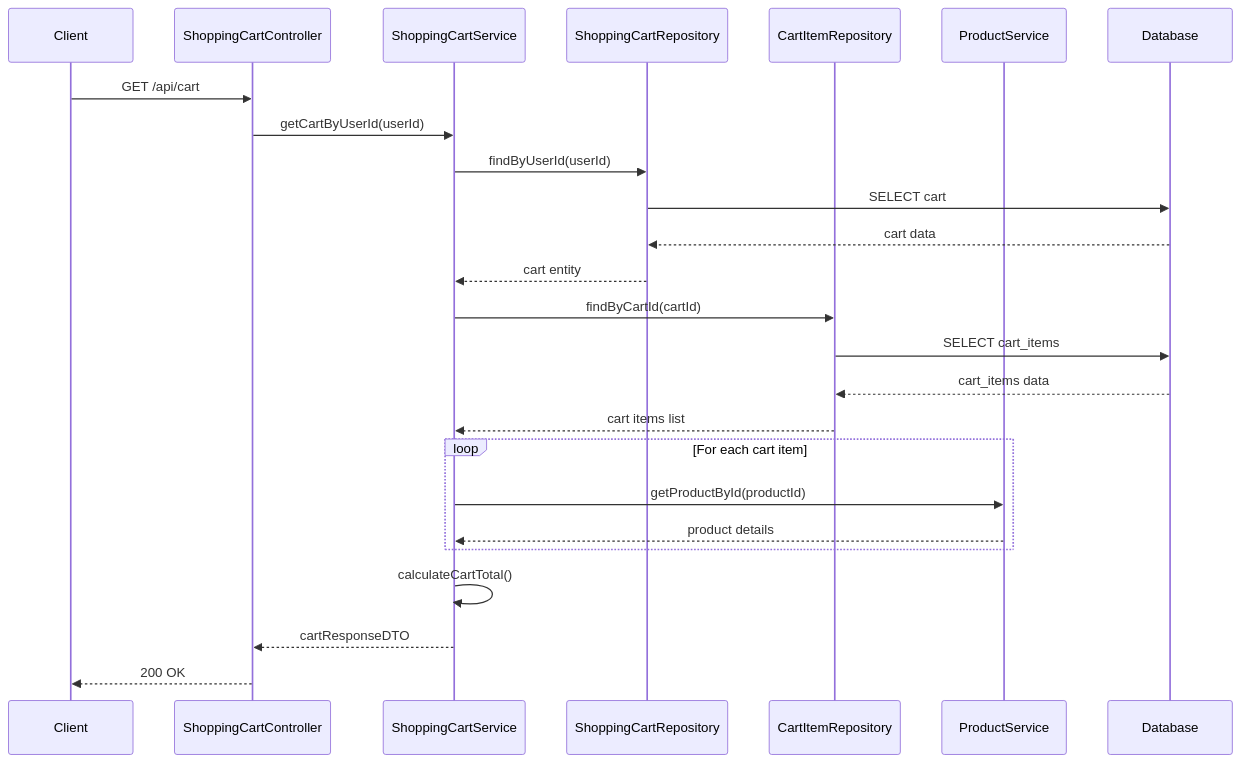
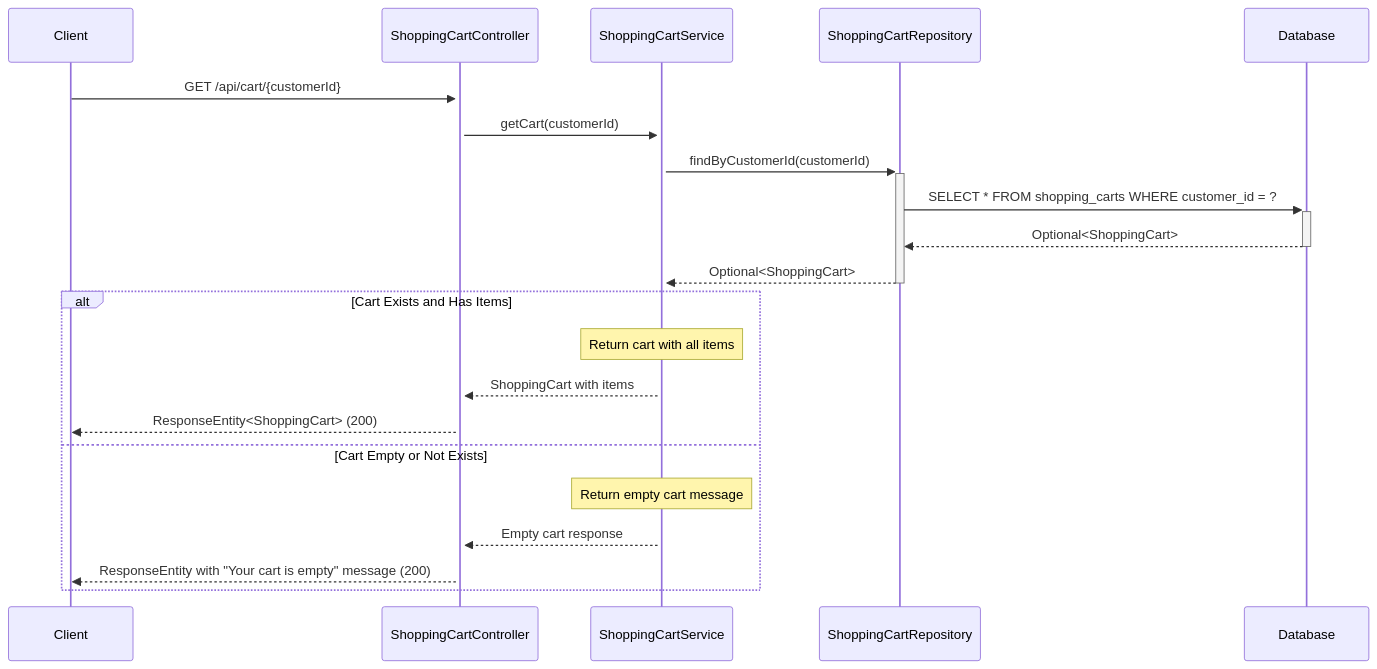
Before and after one commit to NavneetBN47/aava-ecom-demo: diagram 11 of 13 in docs/LLD/modified_lld.md, drawn with Mermaid. The commit also changed other lines of this file, not shown here.

````diff
--- a/docs/LLD/modified_lld.md
+++ b/docs/LLD/modified_lld.md
@@ -517,28 +445,26 @@
 ```mermaid
 sequenceDiagram
     participant Client
     participant ShoppingCartController
     participant ShoppingCartService
     participant ShoppingCartRepository
-    participant CartItemRepository
-    participant ProductService
     participant Database
-
-    Client->>ShoppingCartController: GET /api/cart
-    ShoppingCartController->>ShoppingCartService: getCartByUserId(userId)
-    ShoppingCartService->>ShoppingCartRepository: findByUserId(userId)
-    ShoppingCartRepository->>Database: SELECT cart
-    Database-->>ShoppingCartRepository: cart data
-    ShoppingCartRepository-->>ShoppingCartService: cart entity
-    ShoppingCartService->>CartItemRepository: findByCartId(cartId)
-    CartItemRepository->>Database: SELECT cart_items
-    Database-->>CartItemRepository: cart_items data
-    CartItemRepository-->>ShoppingCartService: cart items list
-    loop For each cart item
-        ShoppingCartService->>ProductService: getProductById(productId)
-        ProductService-->>ShoppingCartService: product details
+    
+    Client->>+ShoppingCartController: GET /api/cart/{customerId}
+    ShoppingCartController->>+ShoppingCartService: getCart(customerId)
+    
+    ShoppingCartService->>+ShoppingCartRepository: findByCustomerId(customerId)
+    ShoppingCartRepository->>+Database: SELECT * FROM shopping_carts WHERE customer_id = ?
+    Database-->>-ShoppingCartRepository: Optional<ShoppingCart>
+    ShoppingCartRepository-->>-ShoppingCartService: Optional<ShoppingCart>
+    
+    alt Cart Exists and Has Items
+        Note over ShoppingCartService: Return cart with all items
+        ShoppingCartService-->>ShoppingCartController: ShoppingCart with items
+        ShoppingCartController-->>Client: ResponseEntity<ShoppingCart> (200)
+    else Cart Empty or Not Exists
+        Note over ShoppingCartService: Return empty cart message
+        ShoppingCartService-->>ShoppingCartController: Empty cart response
+        ShoppingCartController-->>Client: ResponseEntity with "Your cart is empty" message (200)
     end
-    ShoppingCartService->>ShoppingCartService: calculateCartTotal()
-    ShoppingCartService-->>ShoppingCartController: cartResponseDTO
-    ShoppingCartController-->>Client: 200 OK
 ```
````
